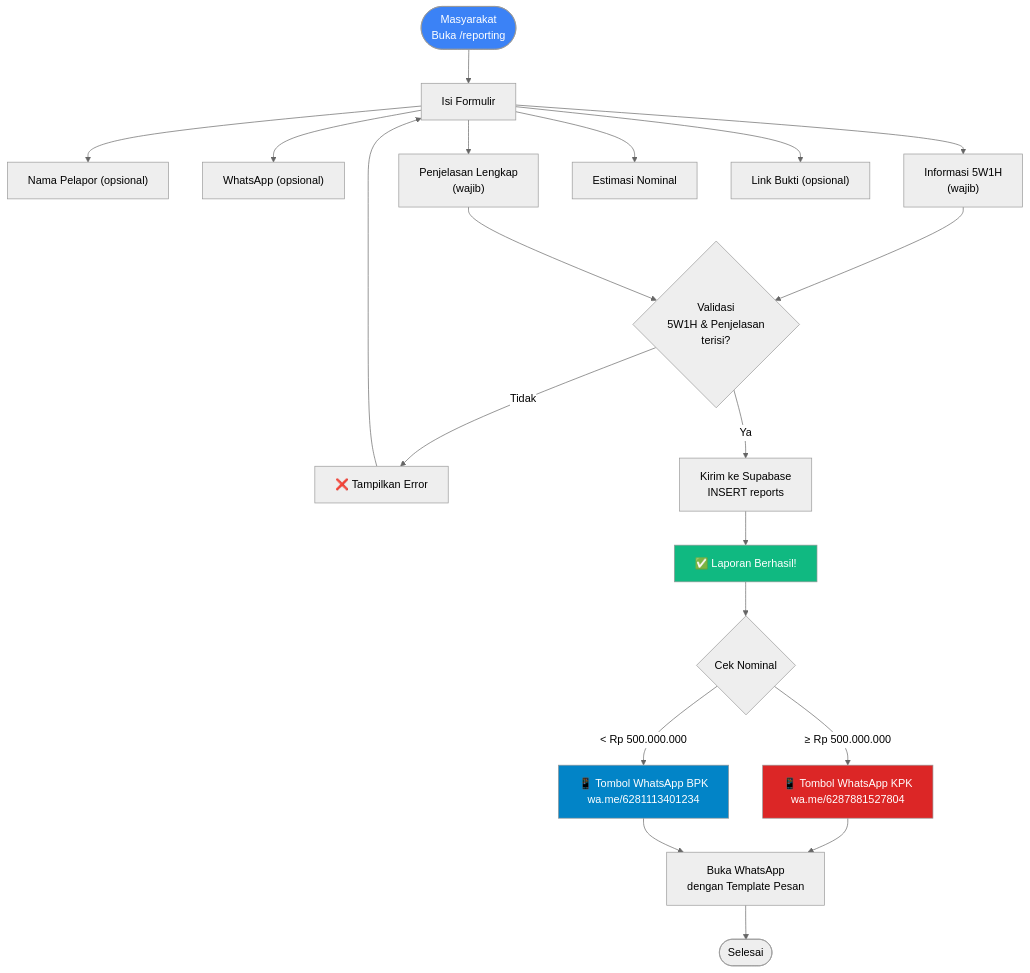
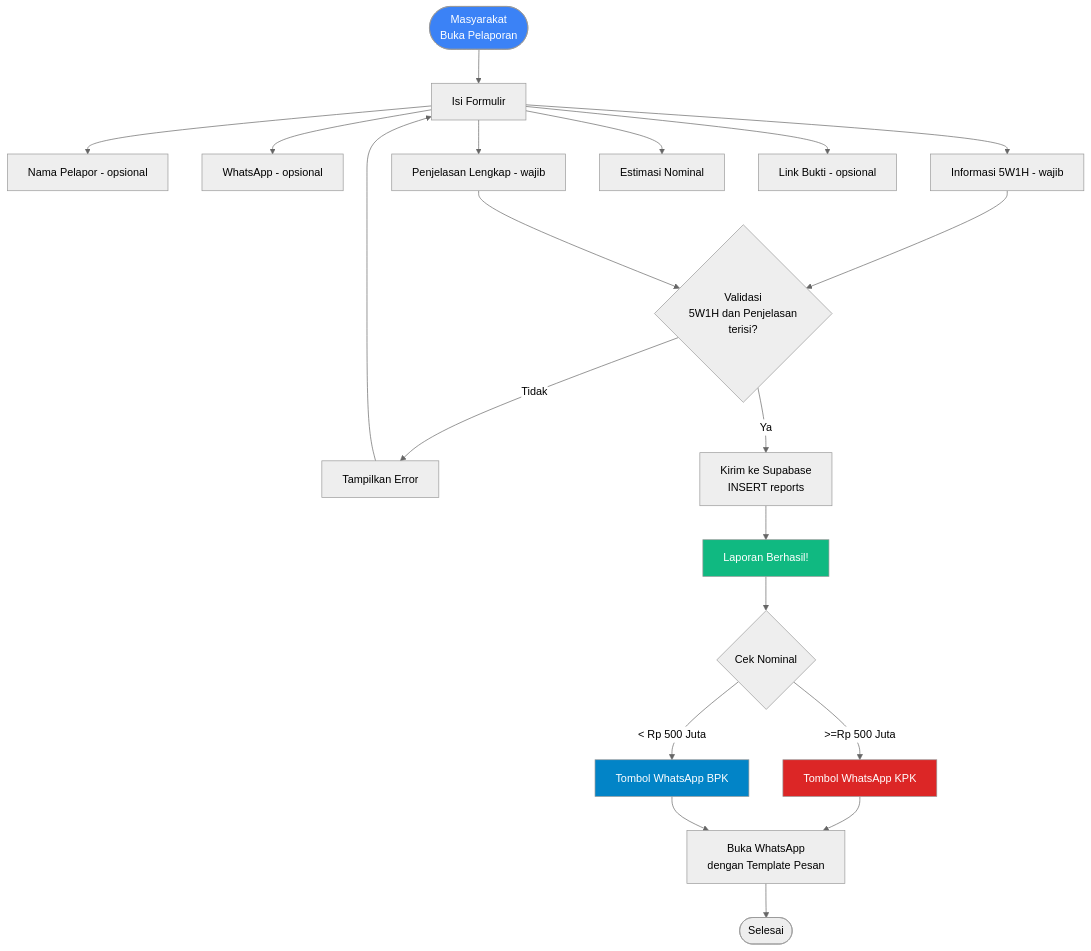
Before and after one commit to adimaryanto-stack/Transparansi-Anggaran-Pendidikan: the eighth of 10 diagrams in prd.md, drawn with Mermaid (neutral theme). The commit also changed other lines of this file, not shown here.

Commit message:
Fix mermaid flowchart syntax for GitHub rendering

````diff
--- a/prd.md
+++ b/prd.md
@@ -606,34 +606,34 @@
 ```mermaid
 flowchart TD
-    A([Masyarakat<br/>Buka /reporting]) --> B[Isi Formulir]
+    A(["Masyarakat<br/>Buka Pelaporan"]) --> B["Isi Formulir"]
 
-    B --> C["Nama Pelapor (opsional)"]
-    B --> D["WhatsApp (opsional)"]
-    B --> E["Informasi 5W1H<br/>(wajib)"]
-    B --> F["Penjelasan Lengkap<br/>(wajib)"]
+    B --> C["Nama Pelapor - opsional"]
+    B --> D["WhatsApp - opsional"]
+    B --> E["Informasi 5W1H - wajib"]
+    B --> F["Penjelasan Lengkap - wajib"]
     B --> G["Estimasi Nominal"]
-    B --> H["Link Bukti (opsional)"]
+    B --> H["Link Bukti - opsional"]
 
-    E & F --> Validate{Validasi<br/>5W1H & Penjelasan<br/>terisi?}
+    E & F --> Validate{"Validasi<br/>5W1H dan Penjelasan<br/>terisi?"}
 
-    Validate -->|Tidak| Error[❌ Tampilkan Error]
+    Validate -->|Tidak| Error["Tampilkan Error"]
     Error --> B
 
-    Validate -->|Ya| Submit[Kirim ke Supabase<br/>INSERT reports]
-    Submit --> Success[✅ Laporan Berhasil!]
+    Validate -->|Ya| Submit["Kirim ke Supabase<br/>INSERT reports"]
+    Submit --> Success["Laporan Berhasil!"]
 
-    Success --> Gate{Cek Nominal}
+    Success --> Gate{"Cek Nominal"}
 
-    Gate -->|"≥ Rp 500.000.000"| KPK["📱 Tombol WhatsApp KPK<br/>wa.me/6287881527804"]
-    Gate -->|"< Rp 500.000.000"| BPK["📱 Tombol WhatsApp BPK<br/>wa.me/6281113401234"]
+    Gate -->|">=Rp 500 Juta"| KPK["Tombol WhatsApp KPK"]
+    Gate -->|"< Rp 500 Juta"| BPK["Tombol WhatsApp BPK"]
 
-    KPK --> WA[Buka WhatsApp<br/>dengan Template Pesan]
+    KPK --> WA["Buka WhatsApp<br/>dengan Template Pesan"]
     BPK --> WA
 
-    WA --> Done([Selesai])
+    WA --> Done(["Selesai"])
 
     style A fill:#3b82f6,color:#fff
     style KPK fill:#dc2626,color:#fff
     style BPK fill:#0284c7,color:#fff
     style Success fill:#10b981,color:#fff
 ```
````
